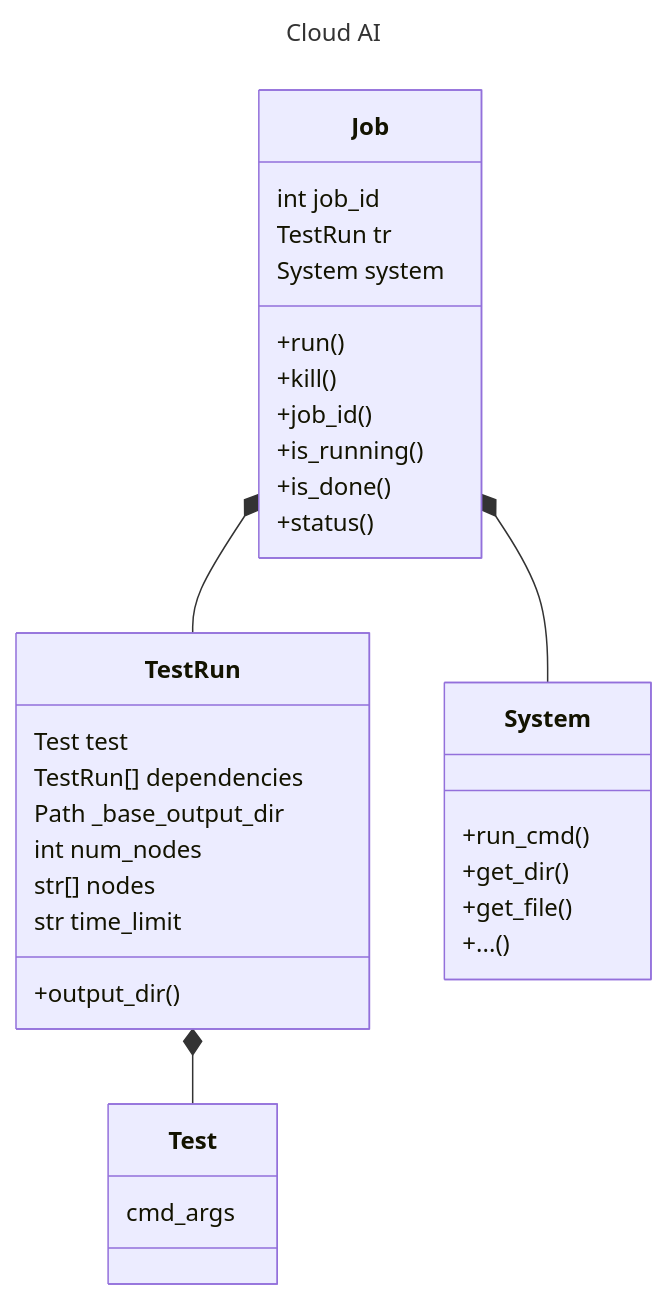
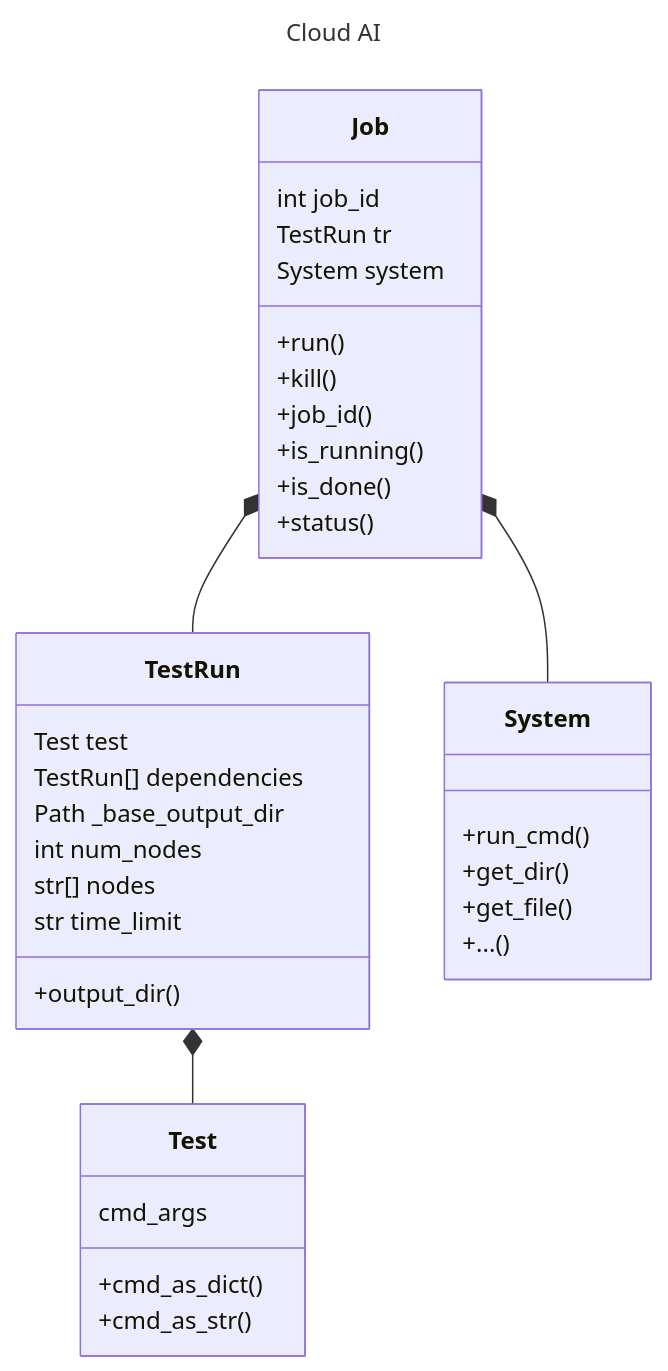
One commit to NVIDIA/cloudai changed the second of 3 diagrams in doc/DEV.md. Above: the diagram before and after it, drawn with Mermaid. The commit also changed other lines of this file, not shown here.

````diff
--- a/doc/DEV.md
+++ b/doc/DEV.md
@@ -49,42 +50,44 @@
 ```mermaid
 ---
 title: Cloud AI
 ---
 classDiagram
     TestRun *-- Test
     Job *-- TestRun
     Job *-- System
 
     class System {
         +run_cmd()
         +get_dir()
         +get_file()
         +...()
     }
     class Test {
         cmd_args
+        +cmd_as_dict()
+        +cmd_as_str()
     }
     class TestRun {
         Test test
         TestRun[] dependencies
         Path _base_output_dir
         int num_nodes
         str[] nodes
         str time_limit
 
         +output_dir()
     }
     class Job {
         int job_id
         TestRun tr
         System system
 
         +run()
         +kill()
 
         +job_id()
         +is_running()
         +is_done()
         +status()
     }
 ```
````
